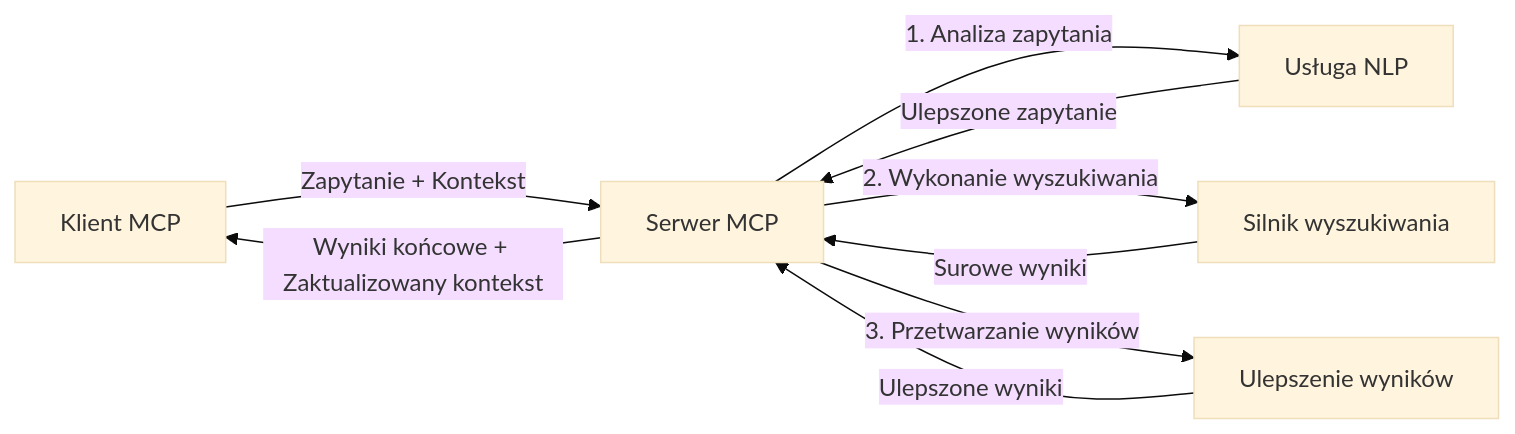
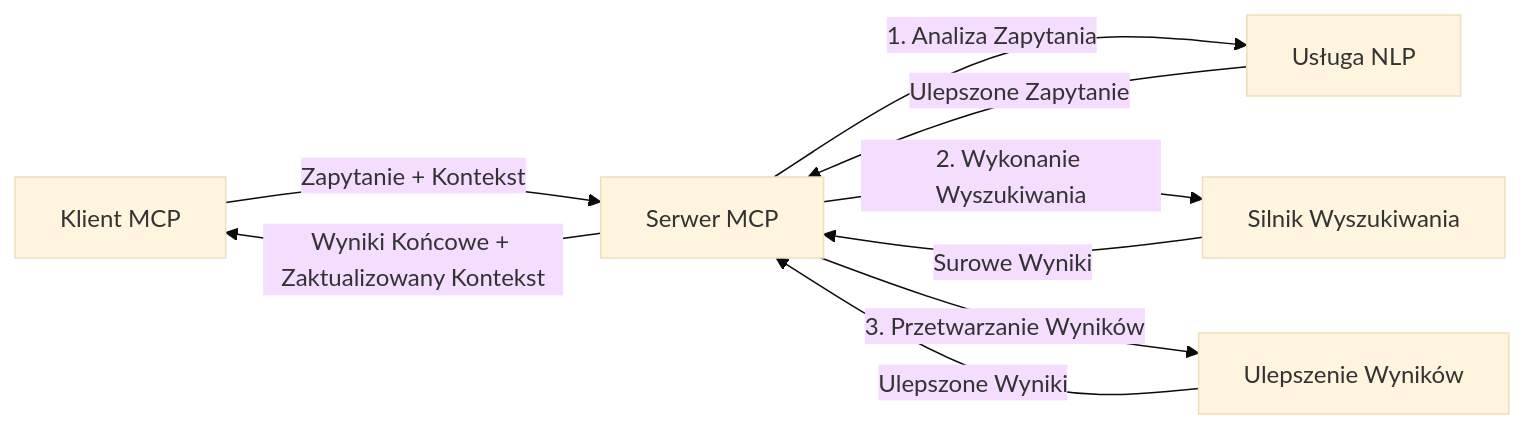
The fourth of 4 diagrams in translations/pl/05-AdvancedTopics/mcp-realtimesearch/README.md (microsoft/mcp-for-beginners), drawn with Mermaid (base theme) before and after one commit. The commit also changed other lines of this file and 134 other files, not shown here.

````diff
--- a/translations/pl/05-AdvancedTopics/mcp-realtimesearch/README.md
+++ b/translations/pl/05-AdvancedTopics/mcp-realtimesearch/README.md
@@ -626,11 +628,11 @@
 ```mermaid
 graph LR
     Client[Klient MCP] --> |Zapytanie + Kontekst| Server[Serwer MCP]
-    Server --> |1. Analiza zapytania| NLP[Usługa NLP]
-    NLP --> |Ulepszone zapytanie| Server
-    Server --> |2. Wykonanie wyszukiwania| Search[Silnik wyszukiwania]
-    Search --> |Surowe wyniki| Server
-    Server --> |3. Przetwarzanie wyników| Enhancement[Ulepszenie wyników]
-    Enhancement --> |Ulepszone wyniki| Server
-    Server --> |Wyniki końcowe + Zaktualizowany kontekst| Client
+    Server --> |1. Analiza Zapytania| NLP[Usługa NLP]
+    NLP --> |Ulepszone Zapytanie| Server
+    Server --> |2. Wykonanie Wyszukiwania| Search[Silnik Wyszukiwania]
+    Search --> |Surowe Wyniki| Server
+    Server --> |3. Przetwarzanie Wyników| Enhancement[Ulepszenie Wyników]
+    Enhancement --> |Ulepszone Wyniki| Server
+    Server --> |Wyniki Końcowe + Zaktualizowany Kontekst| Client
 ```
````
